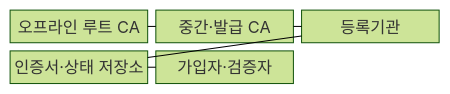
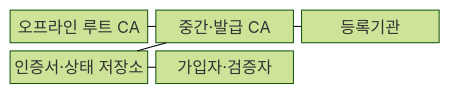
The first of 2 diagrams in src/content/docs/notes/05-security/007_public_key_infrastructure.md (agnusdei1207/knowledge-base), drawn with Mermaid (forest theme) before and after one commit. The commit also changed other lines of this file and 20 other files, not shown here.

````diff
--- a/src/content/docs/notes/05-security/007_public_key_infrastructure.md
+++ b/src/content/docs/notes/05-security/007_public_key_infrastructure.md
@@ -61,13 +61,13 @@
 ```mermaid
 block-beta
     columns 3
     R["오프라인 루트 CA"]
     I["중간·발급 CA"]
     A["등록기관"]
     P["인증서·상태 저장소"]
     U["가입자·검증자"]
     R --- I
-    I --- A
-    A --- P
+    A --- I
+    I --- P
     P --- U
 ```
````
